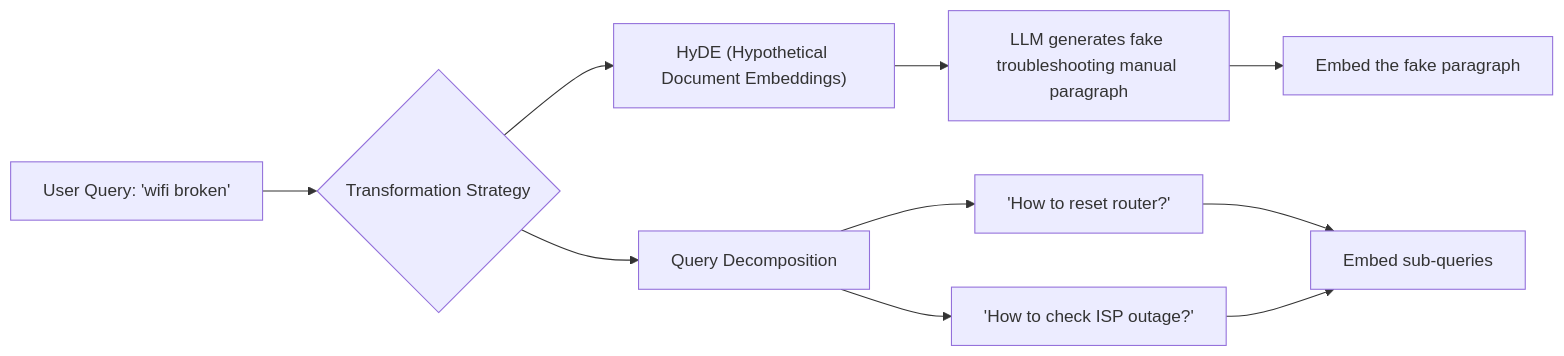
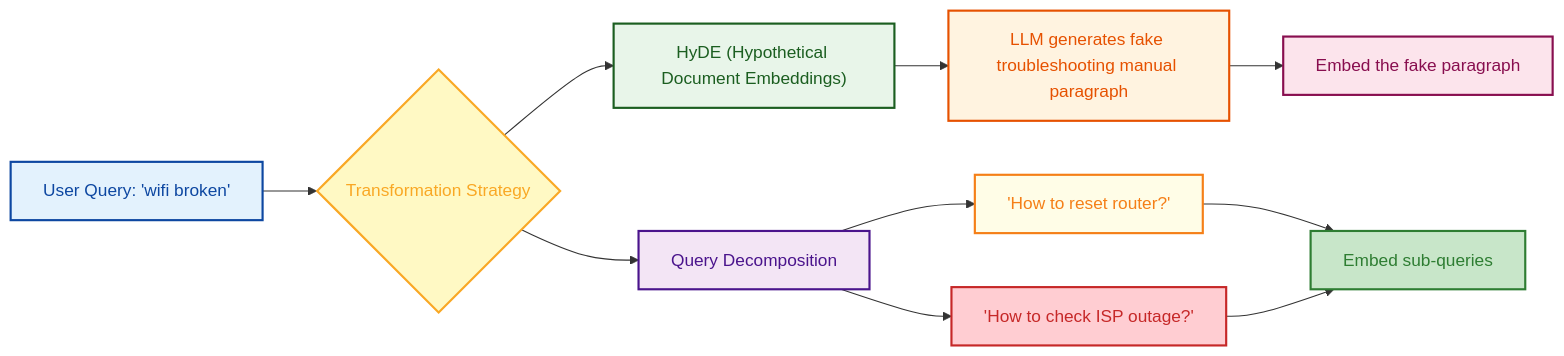
Before and after one commit to GyanendraChaubey/AI-Engineering-Notes: the second of 2 diagrams in docs/06-search-algorithms/README.md, drawn with Mermaid. The commit also changed other lines of this file and 15 other files, not shown here.

Commit message:
style: apply light color palette to remaining Mermaid diagrams (docs 15 & 16)

````diff
--- a/docs/06-search-algorithms/README.md
+++ b/docs/06-search-algorithms/README.md
@@ -170,14 +178,23 @@
 ```mermaid
 flowchart LR
     A["User Query: 'wifi broken'"] --> B{"Transformation Strategy"}
     
     B --> C["HyDE (Hypothetical Document Embeddings)"]
     C --> D["LLM generates fake troubleshooting manual paragraph"]
     D --> E["Embed the fake paragraph"]
     
     B --> F["Query Decomposition"]
     F --> G["'How to reset router?'"]
     F --> H["'How to check ISP outage?'"]
     G --> I["Embed sub-queries"]
     H --> I
+    style A fill:#e3f2fd,stroke:#0d47a1,stroke-width:2px,color:#0d47a1
+    style B fill:#fff9c4,stroke:#f9a825,stroke-width:2px,color:#f9a825
+    style C fill:#e8f5e9,stroke:#1b5e20,stroke-width:2px,color:#1b5e20
+    style D fill:#fff3e0,stroke:#e65100,stroke-width:2px,color:#e65100
+    style E fill:#fce4ec,stroke:#880e4f,stroke-width:2px,color:#880e4f
+    style F fill:#f3e5f5,stroke:#4a148c,stroke-width:2px,color:#4a148c
+    style G fill:#fffde7,stroke:#f57f17,stroke-width:2px,color:#f57f17
+    style H fill:#ffcdd2,stroke:#c62828,stroke-width:2px,color:#c62828
+    style I fill:#c8e6c9,stroke:#2e7d32,stroke-width:2px,color:#2e7d32
 ```
````
